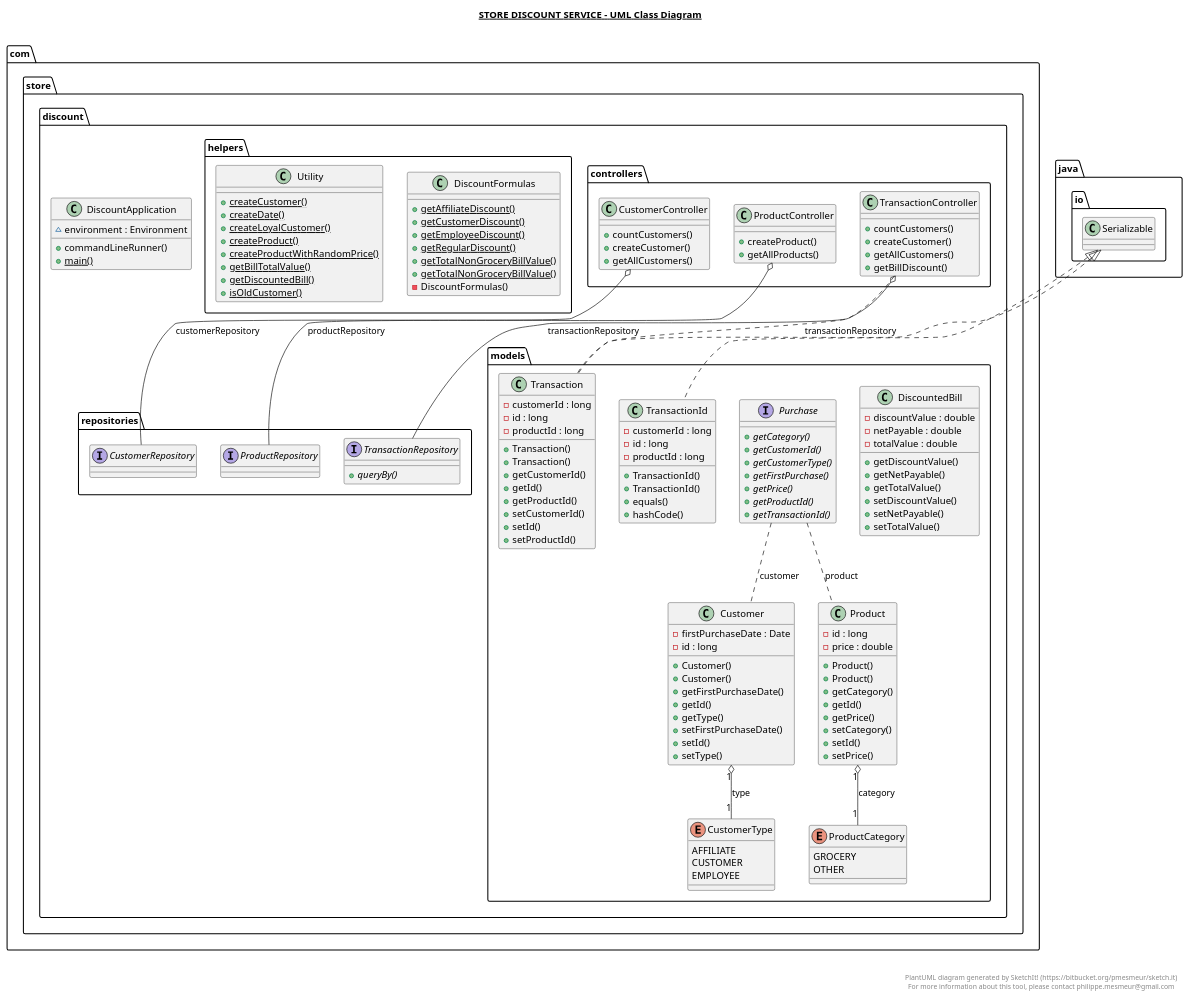
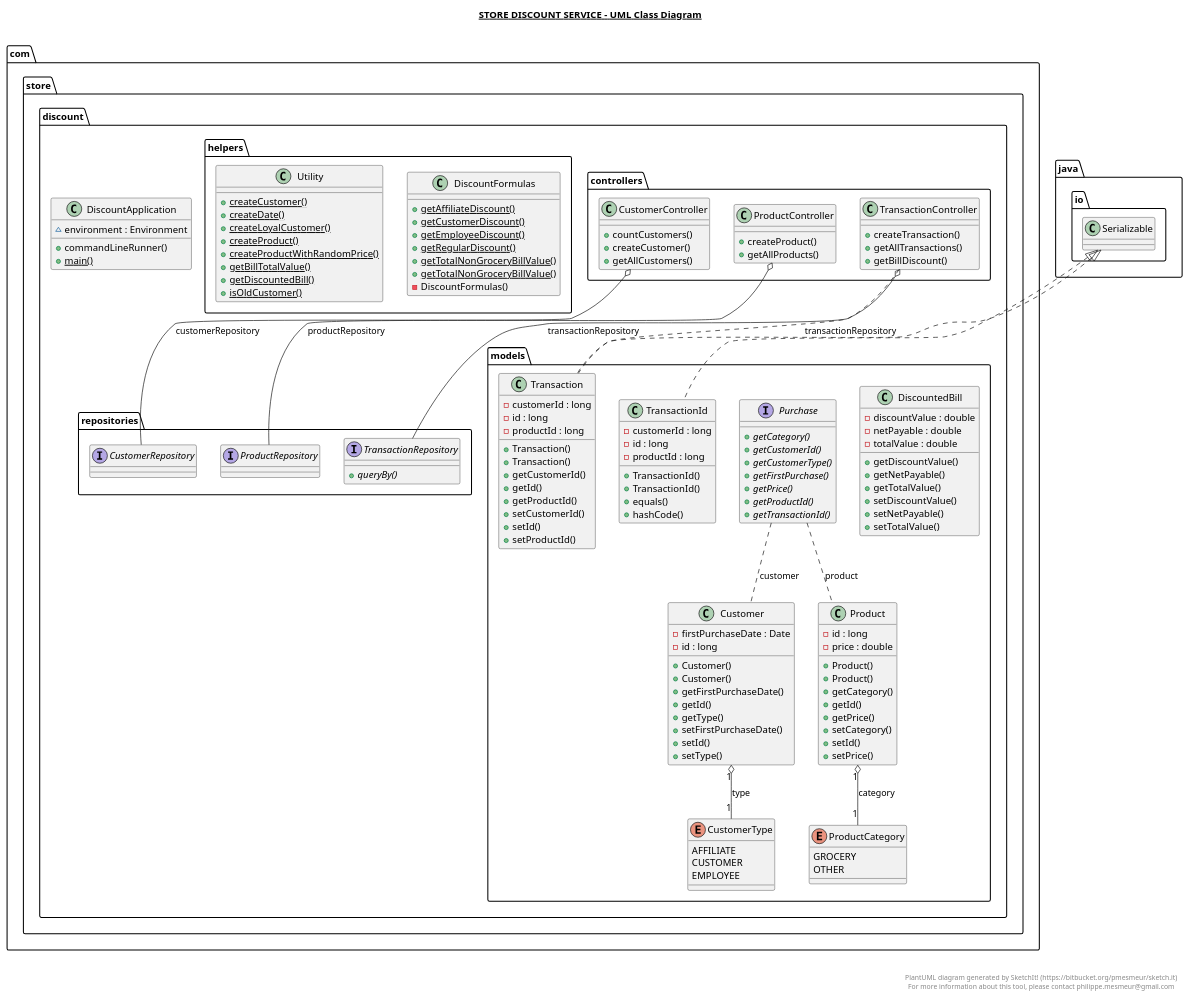
Before and after one commit to mohyassine/discount-web-service: the diagram in assets/discount-web-service.plantuml, drawn with PlantUML. The commit also changed 3 other files, not shown here.

```diff
--- a/assets/discount-web-service.plantuml
+++ b/assets/discount-web-service.plantuml
@@ -1,169 +1,168 @@
 @startuml
 
 title __STORE DISCOUNT SERVICE - UML Class Diagram__\n
 
     class com.store.discount.DiscountApplication {
         ~ environment : Environment
         + commandLineRunner()
         {static} + main()
     }
 
     class com.store.discount.controllers.CustomerController {
         + countCustomers()
         + createCustomer()
         + getAllCustomers()
     }
 
     class com.store.discount.controllers.ProductController {
         + createProduct()
         + getAllProducts()
     }
 
       class com.store.discount.controllers.TransactionController {
-          + countCustomers()
-          + createCustomer()
-          + getAllCustomers()
+          + createTransaction()
+          + getAllTransactions()
           + getBillDiscount()
       }
 
   
       class com.store.discount.models.Customer {
                 - firstPurchaseDate : Date
                 - id : long
                 + Customer()
                 + Customer()
                 + getFirstPurchaseDate()
                 + getId()
                 + getType()
                 + setFirstPurchaseDate()
                 + setId()
                 + setType()
       }
    
       enum com.store.discount.models.CustomerType {
             AFFILIATE
             CUSTOMER
             EMPLOYEE
 
       }
    
       class com.store.discount.models.DiscountedBill {
           - discountValue : double
           - netPayable : double
           - totalValue : double
           + getDiscountValue()
           + getNetPayable()
           + getTotalValue()
           + setDiscountValue()
           + setNetPayable()
           + setTotalValue()
       }
 
       class com.store.discount.models.Product {
           - id : long
           - price : double
           + Product()
           + Product()
           + getCategory()
           + getId()
           + getPrice()
           + setCategory()
           + setId()
           + setPrice()
       }
 
       enum com.store.discount.models.ProductCategory {
         GROCERY
         OTHER
       }
 
       interface com.store.discount.models.Purchase {
           {abstract} + getCategory()
           {abstract} + getCustomerId()
           {abstract} + getCustomerType()
           {abstract} + getFirstPurchase()
           {abstract} + getPrice()
           {abstract} + getProductId()
           {abstract} + getTransactionId()
       }
 
       class com.store.discount.models.Transaction {
           - customerId : long
           - id : long
           - productId : long
           + Transaction()
           + Transaction()
           + getCustomerId()
           + getId()
           + getProductId()
           + setCustomerId()
           + setId()
           + setProductId()
       }
   
    
       class com.store.discount.models.TransactionId {
           - customerId : long
           - id : long
           - productId : long
           + TransactionId()
           + TransactionId()
           + equals()
           + hashCode()
       }
 
 
       interface com.store.discount.repositories.CustomerRepository {
       }
 
 
       interface com.store.discount.repositories.ProductRepository {
       }
 
 
       interface com.store.discount.repositories.TransactionRepository {
         {abstract} + queryBy()
       }
 
       class com.store.discount.helpers.DiscountFormulas {
                 {static} + getAffiliateDiscount()
                 {static} + getCustomerDiscount()
                 {static} + getEmployeeDiscount()
                 {static} + getRegularDiscount()
                 {static} + getTotalNonGroceryBillValue()
                 {static} + getTotalNonGroceryBillValue()
                 - DiscountFormulas()
         }
 
 
             class com.store.discount.helpers.Utility {
                 {static} + createCustomer()
                 {static} + createDate()
                 {static} + createLoyalCustomer()
                 {static} + createProduct()
                 {static} + createProductWithRandomPrice()
                 {static} + getBillTotalValue()
                 {static} + getDiscountedBill()
                 {static} + isOldCustomer()
             }
 
   com.store.discount.controllers.CustomerController o-- com.store.discount.repositories.CustomerRepository : customerRepository
   com.store.discount.controllers.ProductController o-- com.store.discount.repositories.ProductRepository : productRepository
   com.store.discount.controllers.TransactionController o-- com.store.discount.repositories.TransactionRepository : transactionRepository
   com.store.discount.models.Customer "1" o--  "1" com.store.discount.models.CustomerType : type
   com.store.discount.models.Product "1" o-- "1" com.store.discount.models.ProductCategory : category
   com.store.discount.models.Purchase .. com.store.discount.models.Customer : customer
   com.store.discount.models.Purchase .. com.store.discount.models.Product : product
   com.store.discount.models.Transaction .up.|> java.io.Serializable
   com.store.discount.models.TransactionId .up.|> java.io.Serializable
   com.store.discount.controllers.TransactionController .. com.store.discount.models.Transaction : transactionRepository
 
 
 right footer
 
 
 PlantUML diagram generated by SketchIt! (https://bitbucket.org/pmesmeur/sketch.it)
 For more information about this tool, please contact philippe.mesmeur@gmail.com
 endfooter
 
 @enduml
```
